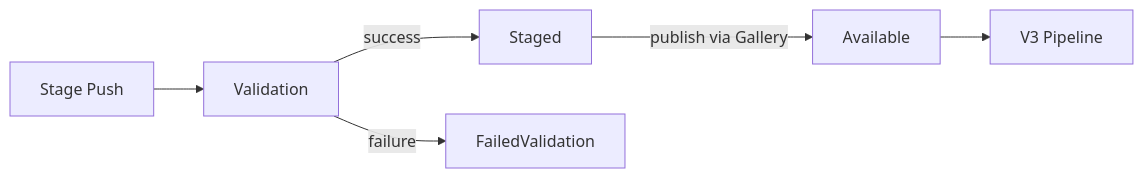
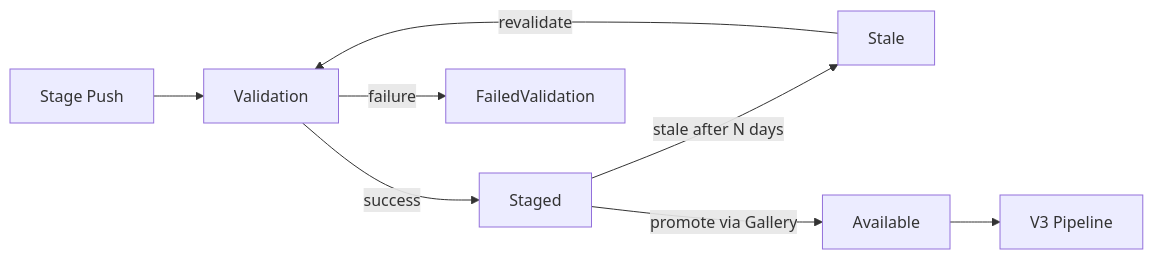
The diagram in accepted/2026/package-staging.md (NuGet/Home), drawn with Mermaid before and after one commit. The commit also changed other lines of this file and 7 other files, not shown here.

````diff
--- a/accepted/2026/package-staging.md
+++ b/accepted/2026/package-staging.md
@@ -38,8 +38,10 @@
 ```mermaid
 flowchart LR
     Push["Stage Push"] --> Validation
     Validation -->|success| Staged
     Validation -->|failure| FailedValidation
-    Staged -->|publish via Gallery| Available
+    Staged -->|stale after N days| Stale
+    Stale -->|revalidate| Validation
+    Staged -->|promote via Gallery| Available
     Available --> V3["V3 Pipeline"]
 ```
````
